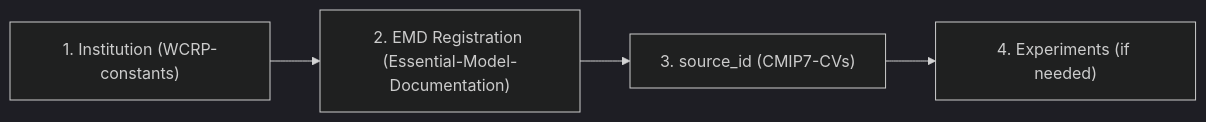
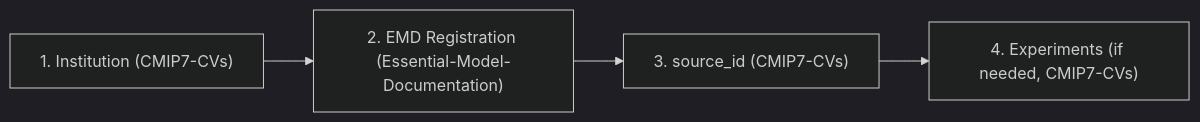
The second of 2 diagrams in docs/CMIP7/cv_registration.md (WCRP-CMIP/cmip7-guidance), drawn with Mermaid (dark theme) before and after one commit. The commit also changed other lines of this file, not shown here.

````diff
--- a/docs/CMIP7/cv_registration.md
+++ b/docs/CMIP7/cv_registration.md
@@ -135,6 +138,6 @@
 ```mermaid
 flowchart LR
-    A["1. Institution (WCRP-constants)"] --> B["2. EMD Registration (Essential-Model-Documentation)"]
+    A["1. Institution (CMIP7-CVs)"] --> B["2. EMD Registration (Essential-Model-Documentation)"]
     B --> C["3. source_id (CMIP7-CVs)"]
-    C --> D["4. Experiments (if needed)"]
+    C --> D["4. Experiments (if needed, CMIP7-CVs)"]
 ```
````
